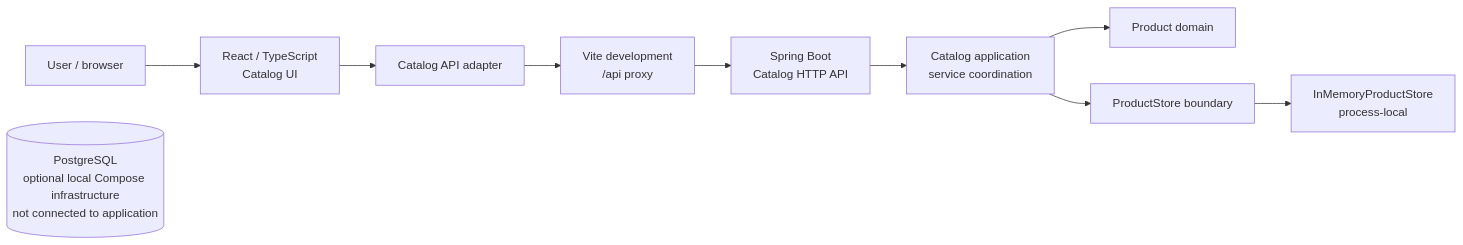
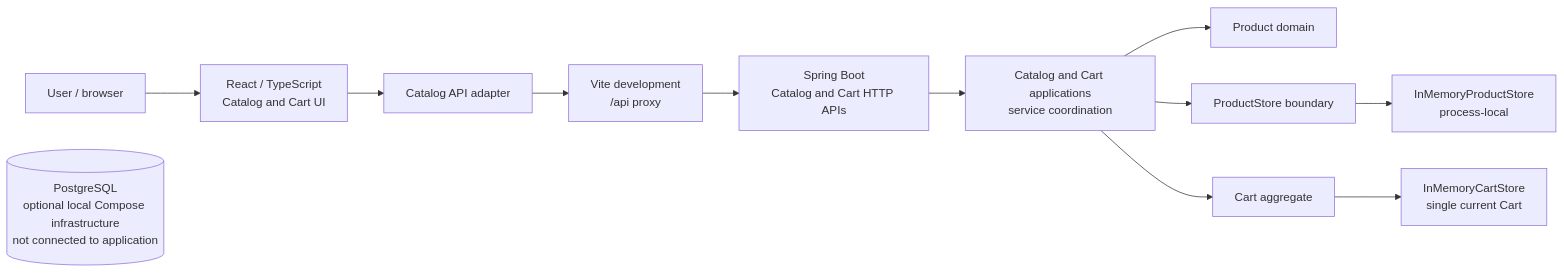
Before and after one commit to Samska/samska-sandbox: the first of 2 diagrams in README.md, drawn with Mermaid. The commit also changed other lines of this file and 40 other files, not shown here.

````diff
--- a/README.md
+++ b/README.md
@@ -48,13 +48,15 @@
 ```mermaid
 flowchart LR
-    User[User / browser] --> UI[React / TypeScript<br/>Catalog UI]
+    User[User / browser] --> UI[React / TypeScript<br/>Catalog and Cart UI]
     UI --> Adapter[Catalog API adapter]
     Adapter --> Proxy[Vite development<br/>/api proxy]
-    Proxy --> HTTP[Spring Boot<br/>Catalog HTTP API]
-    HTTP --> App[Catalog application<br/>service coordination]
+    Proxy --> HTTP[Spring Boot<br/>Catalog and Cart HTTP APIs]
+    HTTP --> App[Catalog and Cart applications<br/>service coordination]
     App --> Domain[Product domain]
     App --> Store[ProductStore boundary]
     Store --> Memory[InMemoryProductStore<br/>process-local]
+    App --> Cart[Cart aggregate]
+    Cart --> CartMemory[InMemoryCartStore<br/>single current Cart]
 
     Postgres[(PostgreSQL<br/>optional local Compose infrastructure<br/>not connected to application)]
 ```
````
